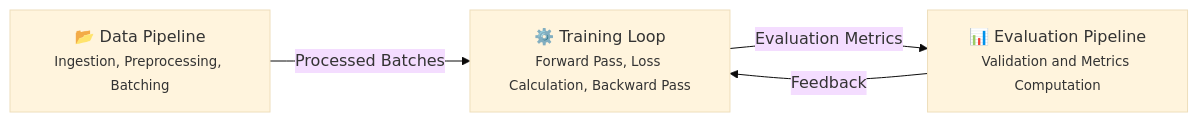
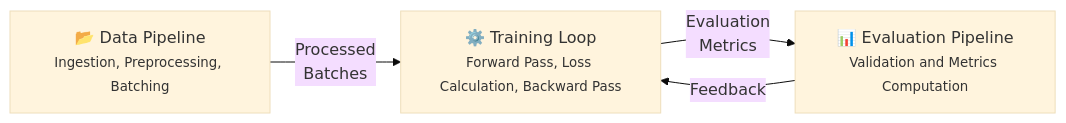
Before and after one commit to harvard-edge/cs249r_book: the first of 4 diagrams in contents/core/training/training.qmd, drawn with Mermaid (base theme). The commit also changed other lines of this file and 5 other files, not shown here.

````diff
--- a/contents/core/training/training.qmd
+++ b/contents/core/training/training.qmd
@@ -568,13 +629,12 @@
 ```{mermaid}
 %%| label: fig-training-pipeline
 %%| fig-width: 100%
 %%| fig-cap: |
 %%|   Training pipeline showing the three main components. The arrows indicate the flow of data and feedback between components.
 
 graph LR
   A["📂 Data Pipeline<br><small>Ingestion, Preprocessing, Batching</small>"] 
-  -->|Processed Batches| B["⚙️ Training Loop<br><small>Forward Pass, Loss Calculation, Backward Pass</small>"]
-  B -->|Evaluation Metrics| C["📊 Evaluation Pipeline<br><small>Validation and Metrics Computation</small>"]
+  -->|Processed<br> Batches| B["⚙️ Training Loop<br><small>Forward Pass, Loss Calculation, Backward Pass</small>"]
+  B -->|Evaluation<br> Metrics| C["📊 Evaluation Pipeline<br><small>Validation and Metrics Computation</small>"]
   C -->|Feedback| B
-
 ```
````
